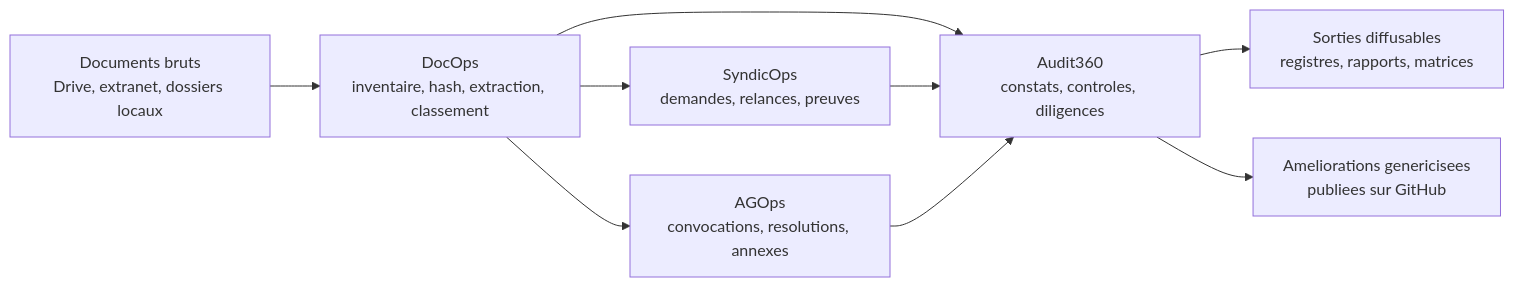
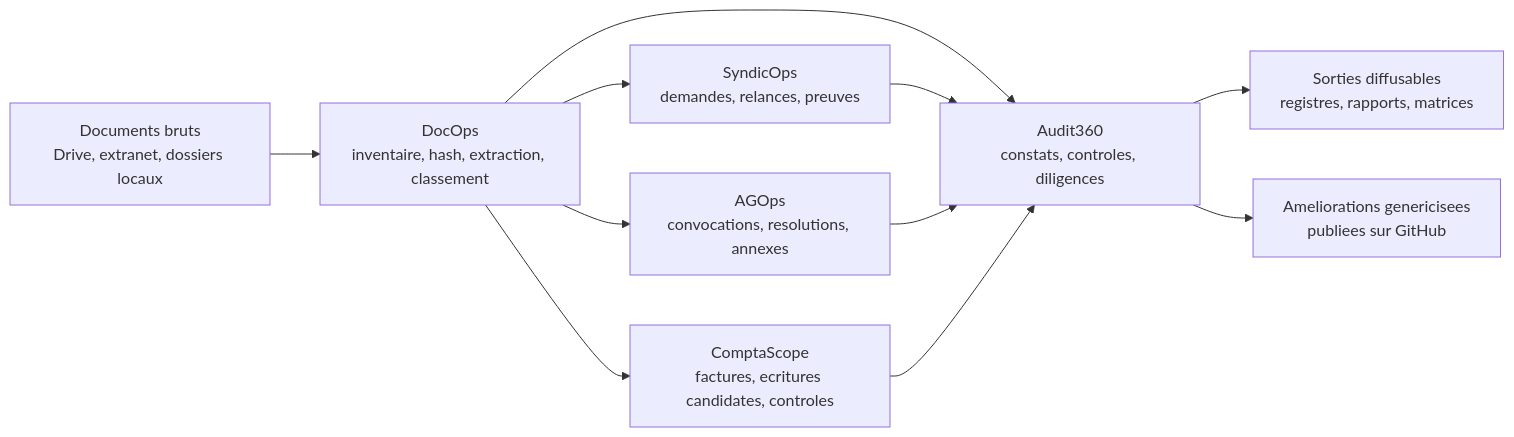
The diagram in README.md (bthollet/CoproScope), drawn with Mermaid before and after one commit. The commit also changed other lines of this file and 53 other files, not shown here.

````diff
--- a/README.md
+++ b/README.md
@@ -15,11 +15,13 @@
 ```mermaid
 flowchart LR
     A["Documents bruts<br/>Drive, extranet, dossiers locaux"] --> B["DocOps<br/>inventaire, hash, extraction, classement"]
     B --> C["SyndicOps<br/>demandes, relances, preuves"]
     B --> D["AGOps<br/>convocations, resolutions, annexes"]
-    B --> E["Audit360<br/>constats, controles, diligences"]
-    C --> E
-    D --> E
-    E --> F["Sorties diffusables<br/>registres, rapports, matrices"]
-    E --> G["Ameliorations genericisees<br/>publiees sur GitHub"]
+    B --> E["ComptaScope<br/>factures, ecritures candidates, controles"]
+    B --> H["Audit360<br/>constats, controles, diligences"]
+    C --> H
+    D --> H
+    E --> H
+    H --> F["Sorties diffusables<br/>registres, rapports, matrices"]
+    H --> G["Ameliorations genericisees<br/>publiees sur GitHub"]
 ```
````
